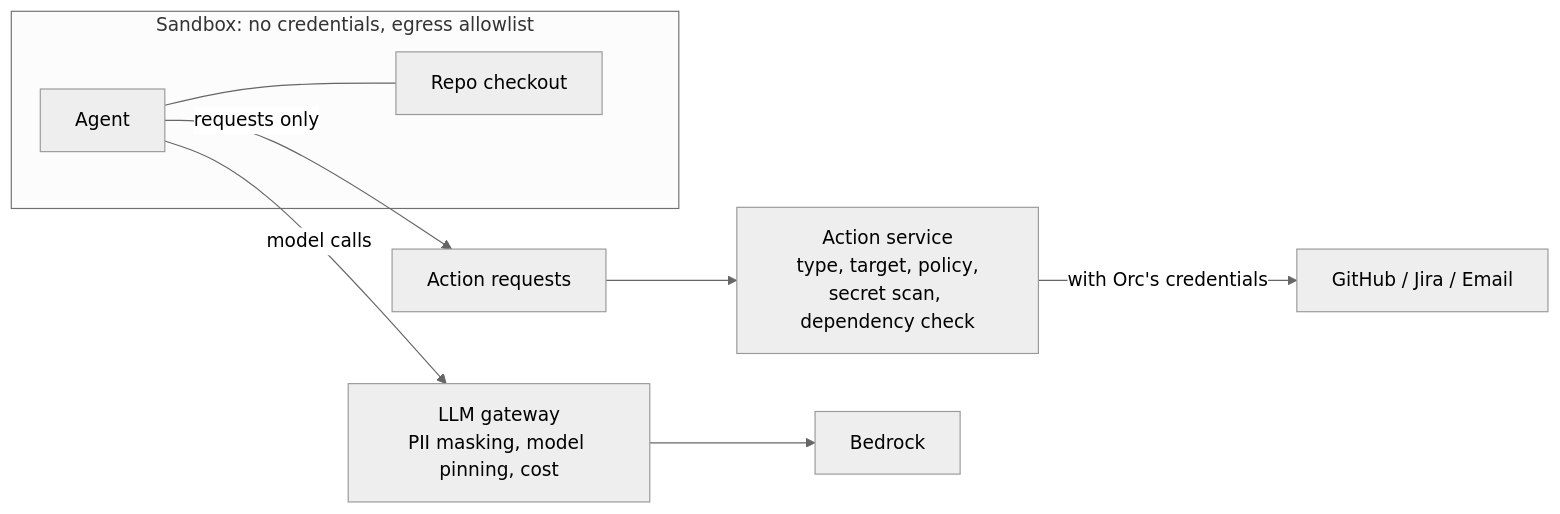
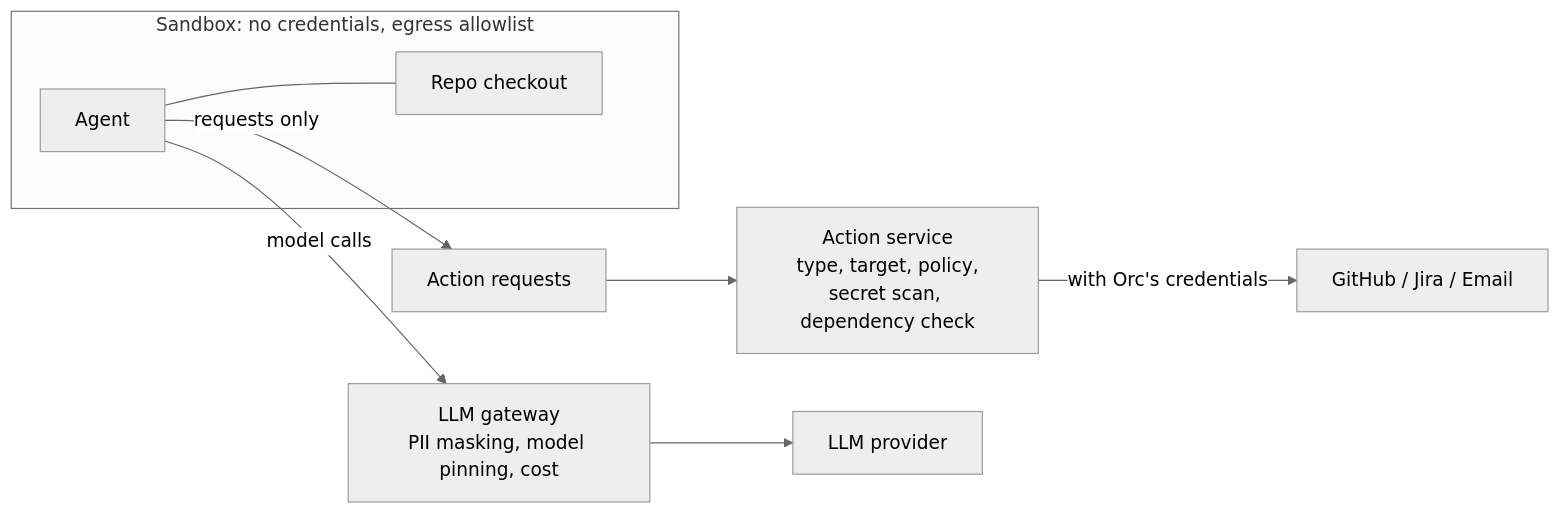
The third of 4 diagrams in docs/architecture.md (joshevensen/orc), drawn with Mermaid (neutral theme) before and after one commit. The commit also changed other lines of this file and 20 other files, not shown here.

First line of the commit message:
Make hosting, sandbox, LLM provider and issue tracker vendor-neutral (#3)

````diff
--- a/docs/architecture.md
+++ b/docs/architecture.md
@@ -173,16 +176,16 @@
 ```mermaid
 flowchart LR
   subgraph SB["Sandbox: no credentials, egress allowlist"]
     AG[Agent]
     REPO[Repo checkout]
     AG --- REPO
   end
   GW[LLM gateway<br/>PII masking, model pinning, cost]
   REQ[Action requests]
   AS[Action service<br/>type, target, policy,<br/>secret scan, dependency check]
   EXT[GitHub / Jira / Email]
-  BR[Bedrock]
+  BR[LLM provider]
 
   AG -- model calls --> GW --> BR
   AG -- requests only --> REQ --> AS -- with Orc's credentials --> EXT
 ```
````
